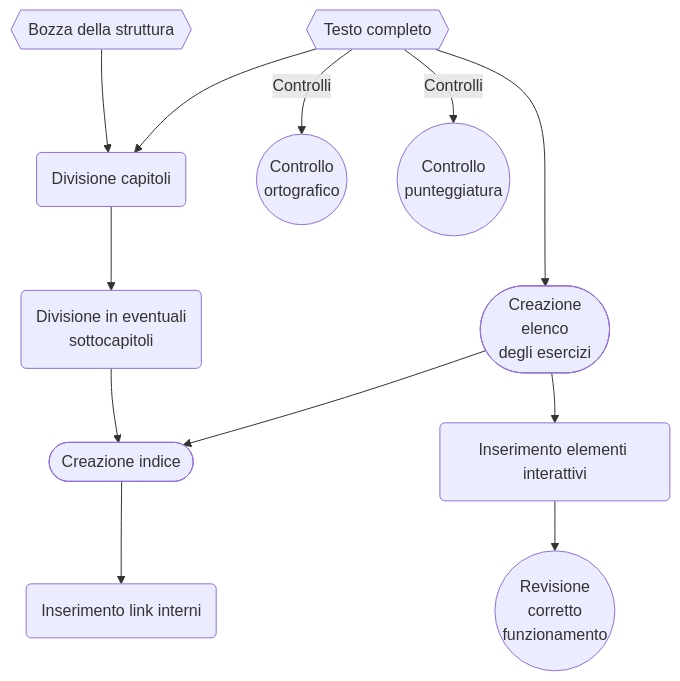
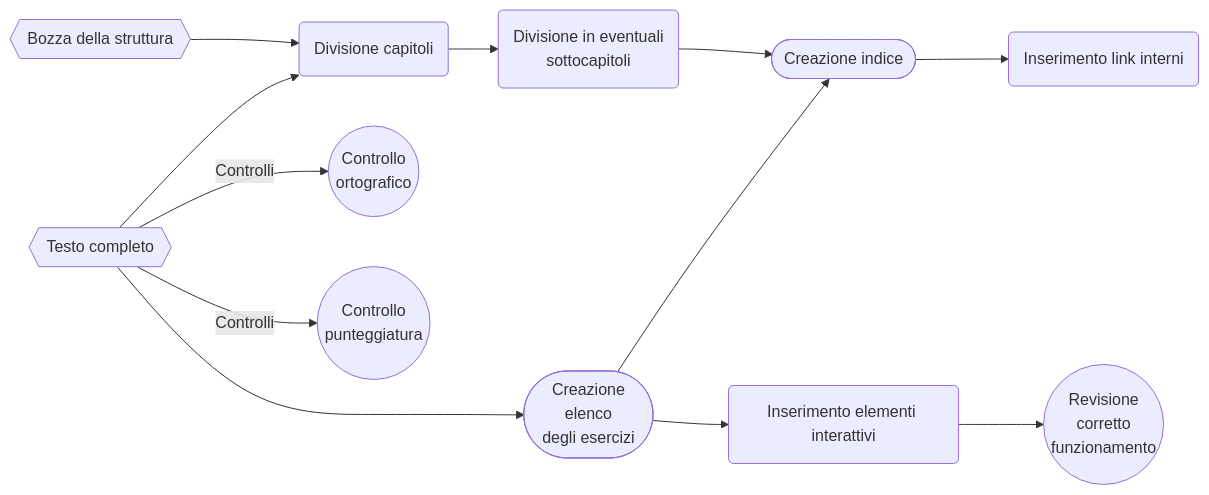
Before and after one commit to borlini123/Relazione-Progetto_Editoria-Digitale-2023-2024: the second of 4 diagrams in RelazioneProgettoEsame.md, drawn with Mermaid. The commit also changed other lines of this file, not shown here.

````diff
--- a/RelazioneProgettoEsame.md
+++ b/RelazioneProgettoEsame.md
@@ -125,10 +125,10 @@
 ```mermaid
-flowchart TB
+flowchart LR
   n1{{"Bozza della struttura"}} --> A("Divisione capitoli")
   n2{{"Testo completo"}} --> A & C(["Creazione<br>elenco <br>degli esercizi"])
   n2 -- Controlli --> n3(("Controllo <br> ortografico")) & n4(("Controllo<br>punteggiatura"))
   A --> B("Divisione in eventuali <br> sottocapitoli")
   B --> E(["Creazione indice"]) --> G("Inserimento link interni")
   C --> D("Inserimento elementi interattivi") & E
   D --> F(("Revisione<br> corretto <br>funzionamento"))
 ```
````
